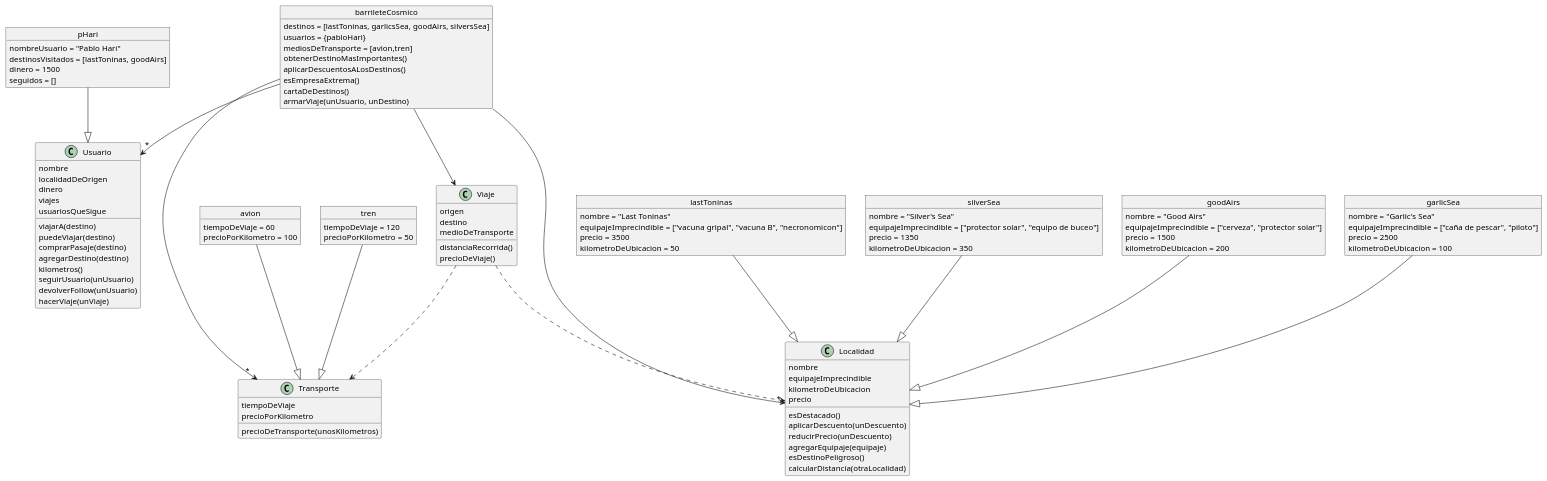
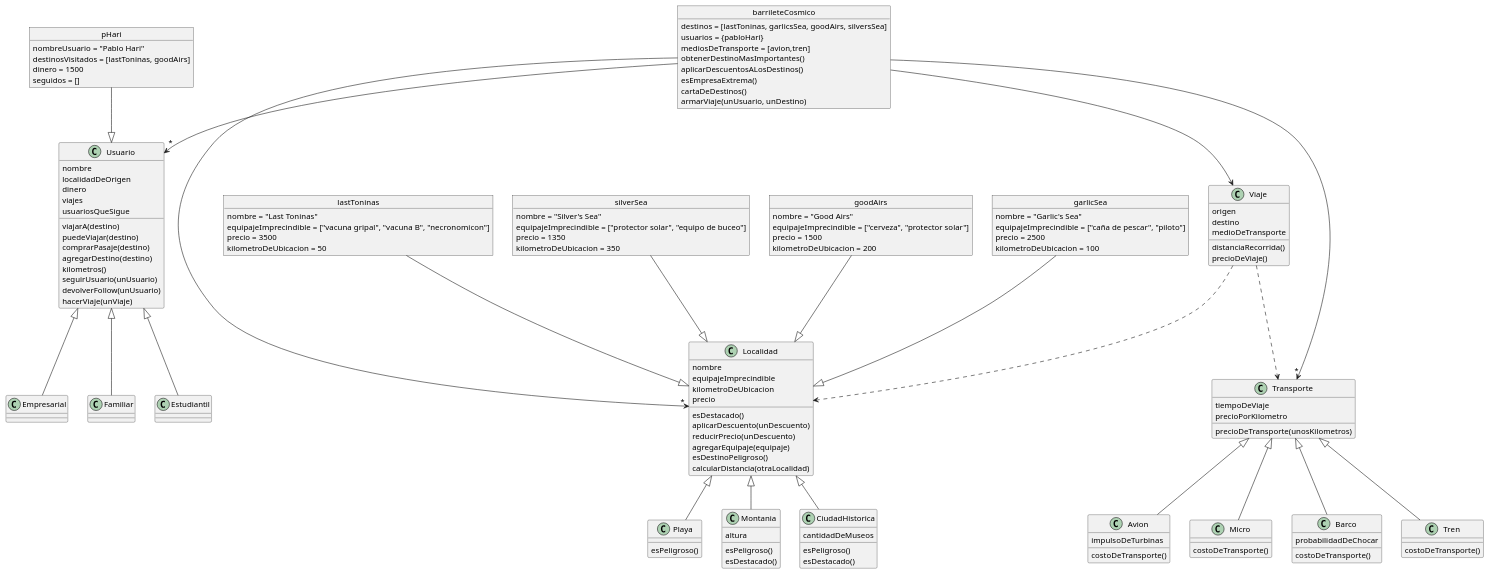
One commit to FranScolari208/ParadigmasDeProgramacion changed the diagram in Trabajos Practicos Grupales/Trabajo Practico Wollok/src/Diagrama de Clases/BarilleteCosmico.plantuml. Above: the diagram before and after it, drawn with PlantUML. The commit also changed 14 other files, not shown here.

```diff
--- a/Trabajos Practicos Grupales/Trabajo Practico Wollok/src/Diagrama de Clases/BarilleteCosmico.plantuml
+++ b/Trabajos Practicos Grupales/Trabajo Practico Wollok/src/Diagrama de Clases/BarilleteCosmico.plantuml
@@ -1,115 +1,156 @@
 @startuml "Barrilete Cosmico"
 
 object barrileteCosmico{
     destinos = [lastToninas, garlicsSea, goodAirs, silversSea]
     usuarios = {pabloHari}
     mediosDeTransporte = [avion,tren]
 
     obtenerDestinoMasImportantes()
     aplicarDescuentosALosDestinos()
     esEmpresaExtrema()
     cartaDeDestinos()
     armarViaje(unUsuario, unDestino)
 }
 
 class Localidad {
     nombre
     equipajeImprecindible
     kilometroDeUbicacion
     precio
     esDestacado()
     aplicarDescuento(unDescuento)
     reducirPrecio(unDescuento)
     agregarEquipaje(equipaje)
     esDestinoPeligroso()
     calcularDistancia(otraLocalidad)
 }
 
+class Playa extends Localidad{
+
+    esPeligroso()
+}
+
+class Montania extends Localidad{
+    altura
+    esPeligroso()
+    esDestacado()
+}
+
+class CiudadHistorica extends Localidad{
+    cantidadDeMuseos
+    esPeligroso()
+    esDestacado()
+}
+
 class Usuario{
     nombre
     localidadDeOrigen
     dinero
     viajes
     usuariosQueSigue
     viajarA(destino)
     puedeViajar(destino)
     comprarPasaje(destino)
     agregarDestino(destino)
     kilometros()
     seguirUsuario(unUsuario)
     devolverFollow(unUsuario)
     hacerViaje(unViaje)
 
 }
+
+class Empresarial extends Usuario{
+
+}
+
+class Familiar extends Usuario{
+
+}
+
+class Estudiantil extends Usuario{
+
+}
+
 class Viaje{
     origen
     destino
     medioDeTransporte
     distanciaRecorrida()
     precioDeViaje()
 }
 class Transporte{
     tiempoDeViaje
     precioPorKilometro
     precioDeTransporte(unosKilometros)
 }
-object avion{
-    tiempoDeViaje = 60
-    precioPorKilometro = 100
+
+class Avion extends Transporte{
+    impulsoDeTurbinas
+
+    costoDeTransporte()
 }
-object tren{
-    tiempoDeViaje = 120
-    precioPorKilometro = 50
+
+class Micro extends Transporte{
+    costoDeTransporte()
 }
+
+class Barco extends Transporte{
+    probabilidadDeChocar
+    costoDeTransporte()
+}
+
+class Tren extends Transporte{
+    costoDeTransporte()
+}
+
+
 object lastToninas{
     nombre = "Last Toninas"
     equipajeImprecindible =  ["vacuna gripal", "vacuna B", "necronomicon"]
     precio = 3500
     kilometroDeUbicacion = 50
 
 }
 
 object silverSea{
     nombre = "Silver's Sea"
 	equipajeImprecindible = ["protector solar", "equipo de buceo"]
 	precio = 1350
     kilometroDeUbicacion = 350
 }
 
 object goodAirs{
     nombre = "Good Airs"
 	equipajeImprecindible = ["cerveza", "protector solar"]
 	precio = 1500
     kilometroDeUbicacion = 200
 }
 
 object garlicSea {
     nombre = "Garlic's Sea"
 	equipajeImprecindible = ["caña de pescar", "piloto"] 
 	precio = 2500
     kilometroDeUbicacion = 100
 }
 
 object pHari{
     nombreUsuario = "Pablo Hari"
 	destinosVisitados = [lastToninas, goodAirs]
 	dinero = 1500
 	seguidos = []
 }
 
 lastToninas --|> Localidad
 goodAirs    --|> Localidad
 silverSea   --|> Localidad
 garlicSea   --|> Localidad
 pHari   --|> Usuario
-tren --|> Transporte
-avion --|> Transporte
 
 Viaje ..> Transporte 
 Viaje ..> Localidad 
 barrileteCosmico -->"*" Localidad
 barrileteCosmico-->"*" Usuario
 barrileteCosmico-->"*" Transporte
 barrileteCosmico--> Viaje
 
 @enduml
```
